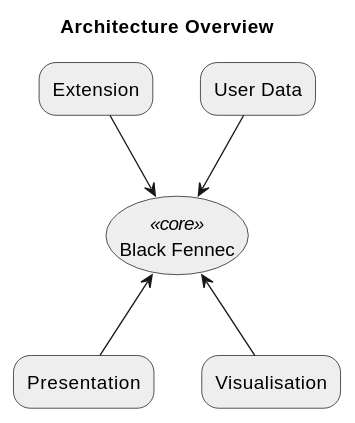
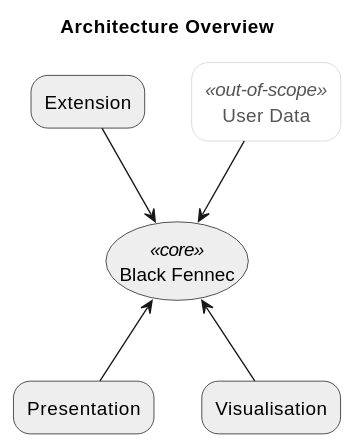
One commit to blackfennec-org/blackfennec changed the first of 2 diagrams in docs/source/software_documentation/architecture/index.rst. Above: the diagram before and after it, drawn with PlantUML. The commit also changed other lines of this file and 1 other file, not shown here.

```diff
--- a/docs/source/software_documentation/architecture/index.rst
+++ b/docs/source/software_documentation/architecture/index.rst
@@ -7,29 +5,35 @@
 .. uml::
     
     @startuml
 
     skinparam rectangle {
         BackgroundColor #EEE
         ArrowColor Black
         BorderColor Black
         roundCorner 25
     }
 
+    skinparam rectangle<<out-of-scope>> {
+        BorderColor #CCC
+        BackgroundColor #FFF
+        FontColor #555
+    }
+
     skinparam rectangle<<core>> {
         roundCorner 1000
     }
 
     title Architecture Overview
     
     rectangle Presentation
     rectangle Visualisation
     rectangle Extension
-    rectangle "User Data" as UA
+    rectangle "User Data" as UA <<out-of-scope>>
     rectangle "Black Fennec" as BF <<core>>
 
     Presentation       -up->       BF
     UA              -->         BF
     Visualisation   -up->       BF
     Extension       -->         BF
 
     @enduml
```
